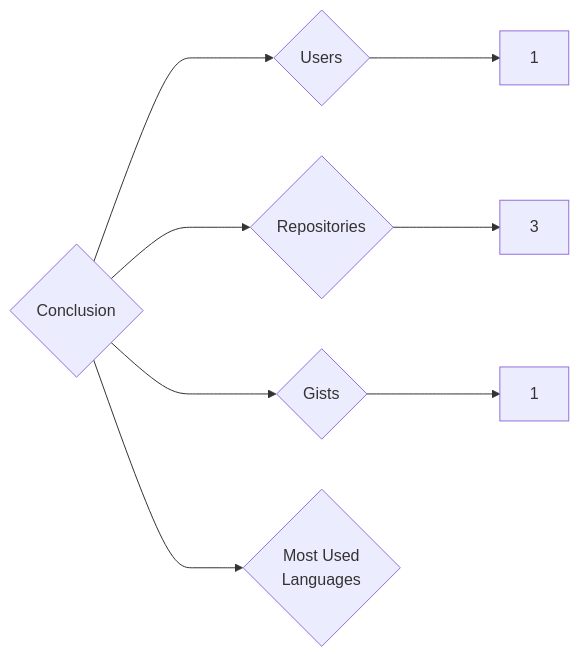
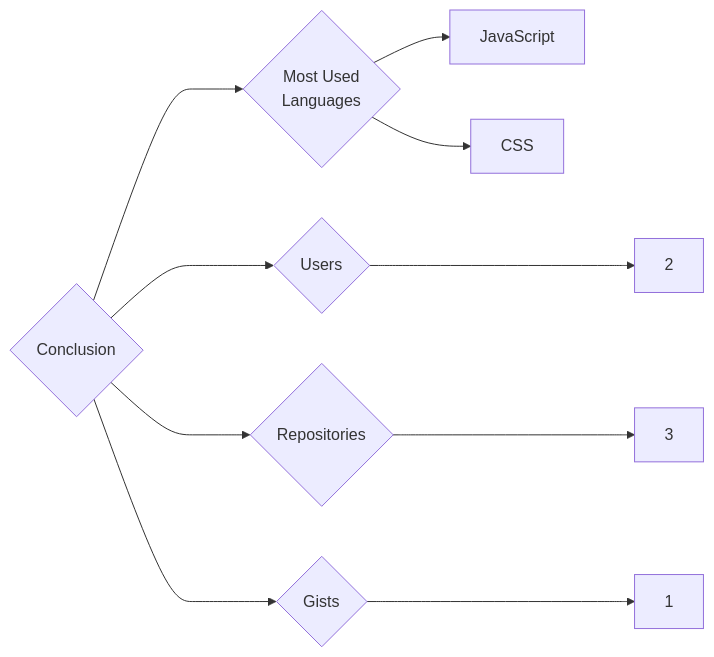
The diagram in targets/Conclusion/README.md (trickest/insiders), drawn with Mermaid before and after one commit. The commit also changed 776 other files, not shown here.

````diff
--- a/targets/Conclusion/README.md
+++ b/targets/Conclusion/README.md
@@ -3,8 +3,10 @@
 ```mermaid
 graph LR
 COMPANY_NAME{Conclusion}
-COMPANY_NAME ---> U{Users} ---> UN[1]
+COMPANY_NAME ---> U{Users} ---> UN[2]
 COMPANY_NAME ---> R{Repositories} ---> RN[3]
 COMPANY_NAME ---> G{Gists} ---> GN[1]
 COMPANY_NAME ---> ML{Most Used<br>Languages}
+ML --> JavaScript[JavaScript]
+ML --> CSS[CSS]
 ```
````
